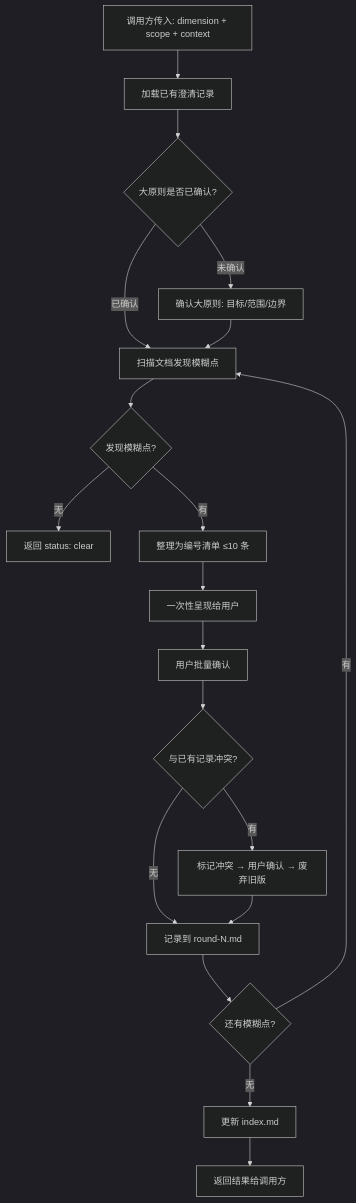
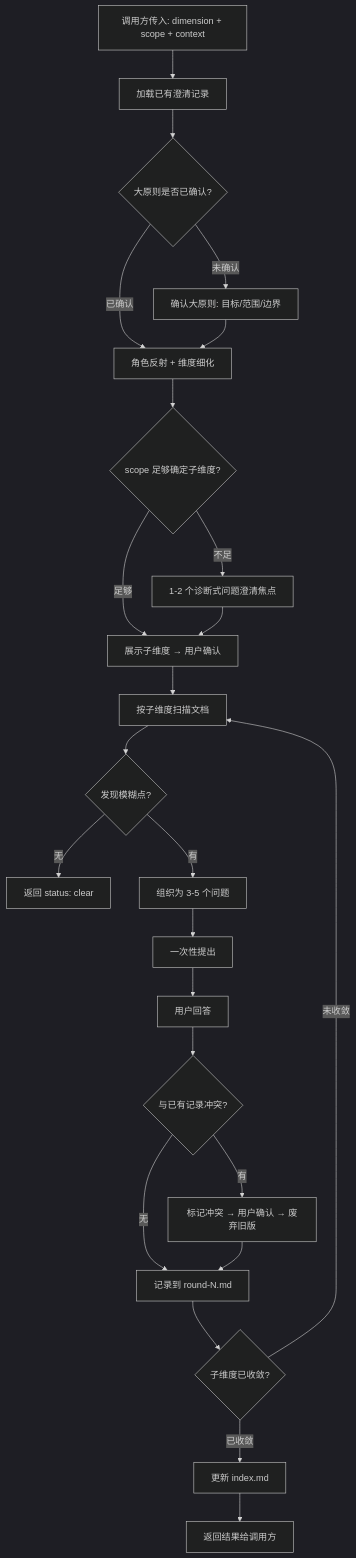
Before and after one commit to chenchiyuan/powerby-skills: the diagram in skills/pb-v1-clarify/SKILL.md, drawn with Mermaid (dark theme). The commit also changed other lines of this file and 58 other files, not shown here.

````diff
--- a/skills/pb-v1-clarify/SKILL.md
+++ b/skills/pb-v1-clarify/SKILL.md
@@ -359,21 +375,26 @@
 ```mermaid
 graph TD
     Call[调用方传入: dimension + scope + context] --> Load[加载已有澄清记录]
     Load --> L1{大原则是否已确认?}
     L1 -->|未确认| Principle[确认大原则: 目标/范围/边界]
-    L1 -->|已确认| Scan[扫描文档发现模糊点]
-    Principle --> Scan
+    L1 -->|已确认| Role[角色反射 + 维度细化]
+    Principle --> Role
+    Role --> L2{scope 足够确定子维度?}
+    L2 -->|不足| PreClarify[1-2 个诊断式问题澄清焦点]
+    L2 -->|足够| Confirm_Dim[展示子维度 → 用户确认]
+    PreClarify --> Confirm_Dim
+    Confirm_Dim --> Scan[按子维度扫描文档]
     Scan --> Found{发现模糊点?}
     Found -->|无| Clear[返回 status: clear]
-    Found -->|有| Batch[整理为编号清单 ≤10 条]
-    Batch --> Present[一次性呈现给用户]
-    Present --> Confirm[用户批量确认]
-    Confirm --> Conflict{与已有记录冲突?}
+    Found -->|有| Batch[组织为 3-5 个问题]
+    Batch --> Present[一次性提出]
+    Present --> Answer[用户回答]
+    Answer --> Conflict{与已有记录冲突?}
     Conflict -->|无| Record[记录到 round-N.md]
     Conflict -->|有| Resolve[标记冲突 → 用户确认 → 废弃旧版]
     Resolve --> Record
-    Record --> More{还有模糊点?}
-    More -->|有| Scan
-    More -->|无| Update[更新 index.md]
+    Record --> More{子维度已收敛?}
+    More -->|未收敛| Scan
+    More -->|已收敛| Update[更新 index.md]
     Update --> Return[返回结果给调用方]
 ```
````
